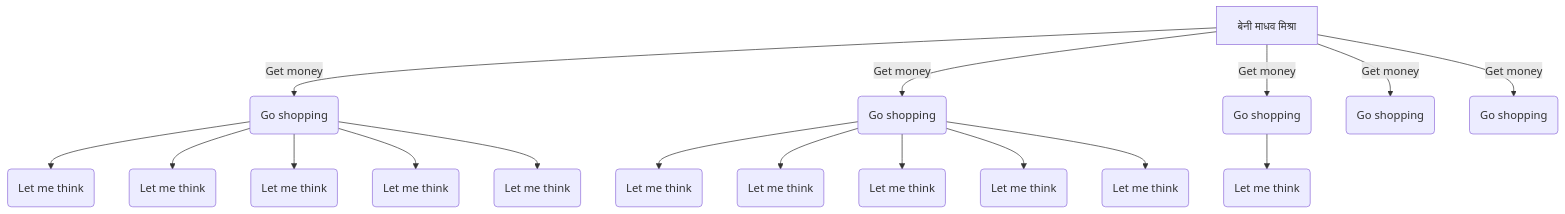
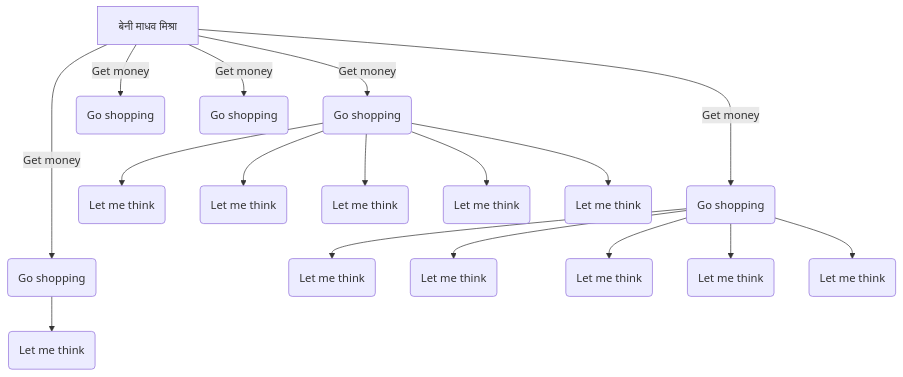
Before and after one commit to nishantaMishra/family-tree: the first of 2 diagrams in README.md, drawn with Mermaid.

````diff
--- a/README.md
+++ b/README.md
@@ -3,20 +3,20 @@
 ```mermaid
 flowchart TD
     A[बेनी माधव मिश्रा] -->|Get money| B(Go shopping)
-    A[बेनी माधव मिश्रा] -->|Get money| C(Go shopping)
-    A[बेनी माधव मिश्रा] -->|Get money| D(Go shopping)
+    A[बेनी माधव मिश्रा] --->|Get money| C(Go shopping)
+    A[बेनी माधव मिश्रा] ---->|Get money| D(Go shopping)
     A[बेनी माधव मिश्रा] -->|Get money| E(Go shopping)
     A[बेनी माधव मिश्रा] -->|Get money| F(Go shopping)
     B --> BA(Let me think)
     B --> BB(Let me think)
     B --> BC(Let me think)
     B --> BD(Let me think)
     B --> BE(Let me think)
     C --> CA(Let me think)
     C --> CB(Let me think)
     C --> CC(Let me think)
     C --> CD(Let me think)
     C --> CE(Let me think)
     D --> DD(Let me think)
     
 ```
````
